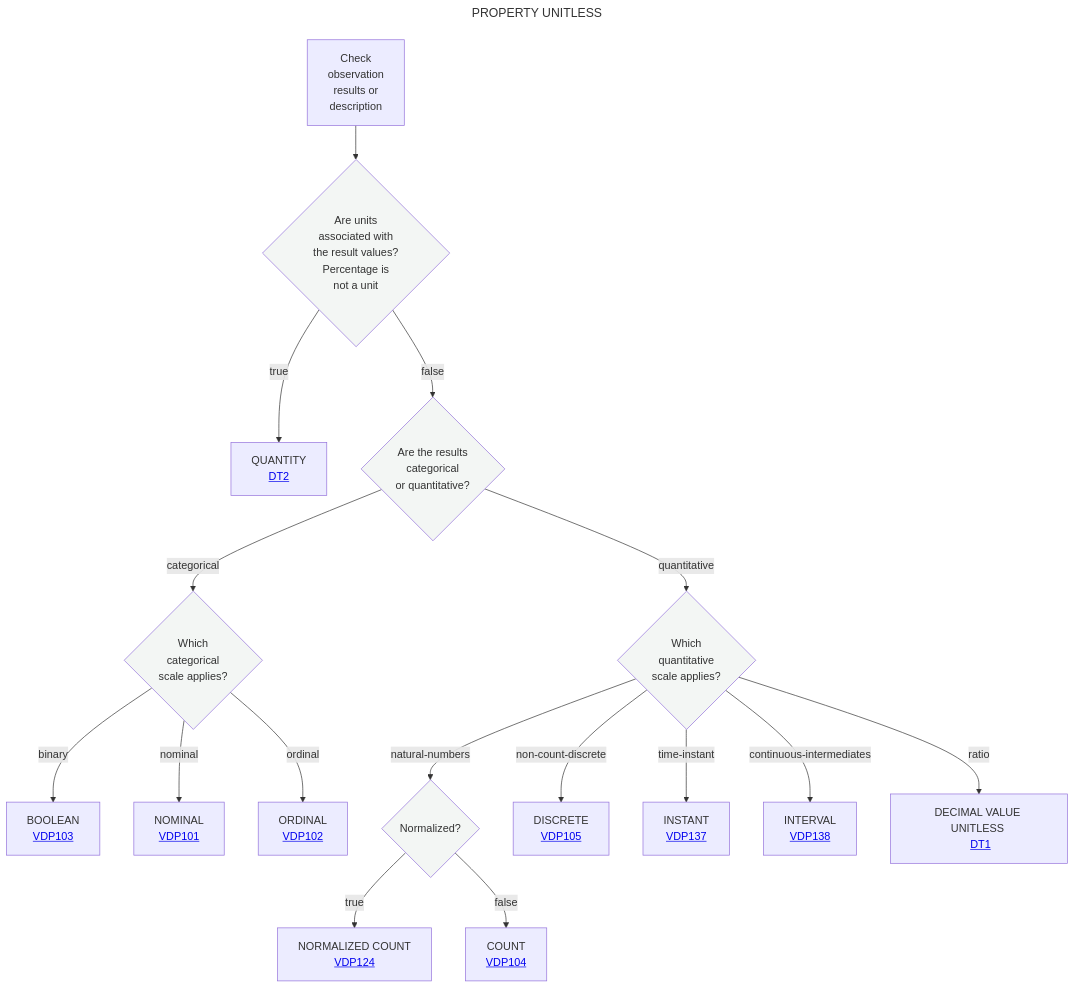
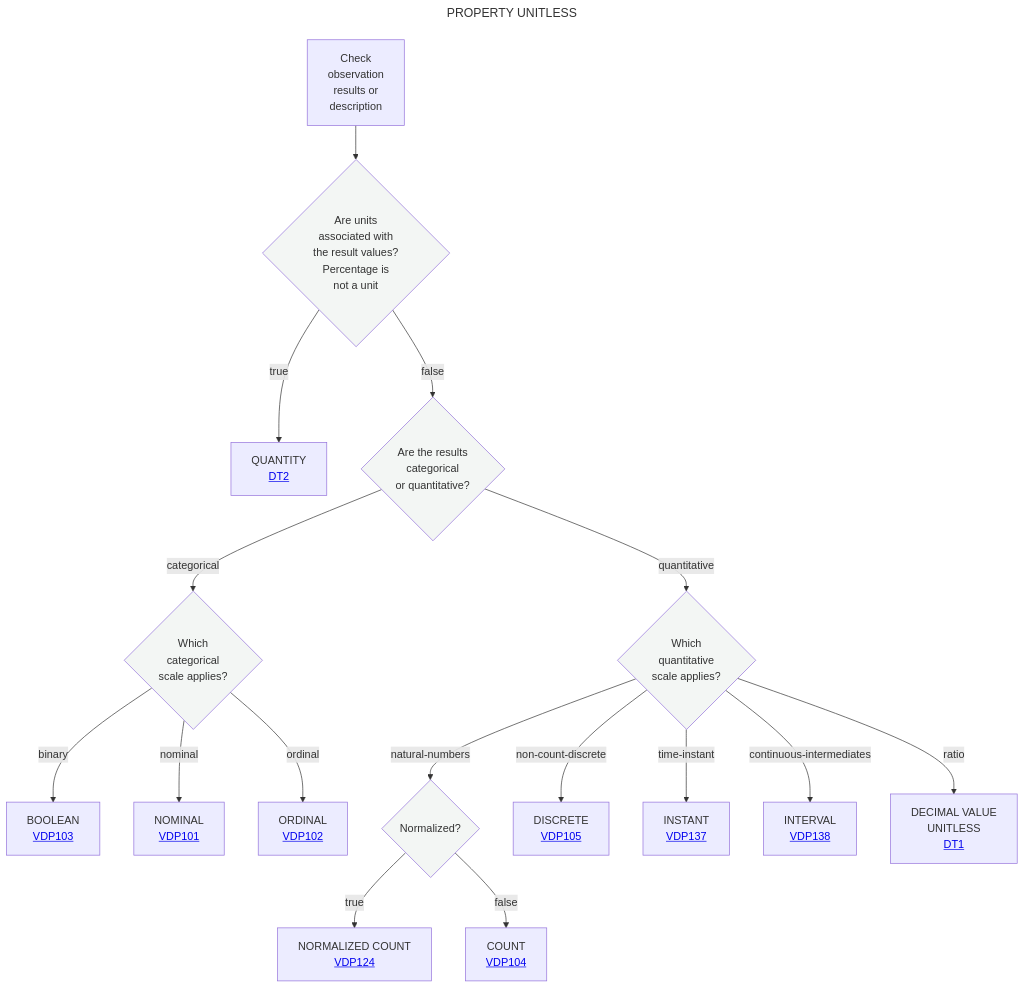
One commit to mabablue/I-ADOPT-patterns-playground changed the diagram in Decision_trees/DT0.mmd. Above: the diagram before and after it, drawn with Mermaid.

Commit message:
Update ratio label in DT0.mmd

```diff
--- a/Decision_trees/DT0.mmd
+++ b/Decision_trees/DT0.mmd
@@ -1,30 +1,30 @@
 ---
 title: PROPERTY UNITLESS
 ---
 flowchart TD
     A[Check <br> observation <br> results or <br> description] --> B{Are units  <br> associated with <br> the result values? <br> Percentage is <br> not a unit}:::white
     
     %% Branch: Units Present -> QUANTITY (Ratio Scale with Units)
     B --> |true|N[QUANTITY <br> <a href='https://github.com/mabablue/I-ADOPT-patterns-playground/blob/main/Decision_trees/DT2.mmd'>DT2</a><br>]
     
     %% Branch: Unitless Path
     B --> |false|C{Are the results <br> categorical <br> or quantitative?}:::white
     
     %% Categorical Branch (Binary, Nominal, Ordinal)
     C -- categorical --> D{Which <br> categorical <br> scale applies?}:::white
     D -- binary --> E[BOOLEAN <br> <a href='https://github.com/mabablue/I-ADOPT-patterns-playground/blob/main/pattern/VDP103.yaml'>VDP103</a><br>]
     D -- nominal -->F[NOMINAL <br> <a href='https://github.com/mabablue/I-ADOPT-patterns-playground/blob/main/pattern/VDP101.yaml'>VDP101</a><br>]
     D -- ordinal -->G[ORDINAL <br> <a href='https://github.com/mabablue/I-ADOPT-patterns-playground/blob/main/pattern/VDP102.yaml'>VDP102</a><br>]
     C -- quantitative -->H{Which <br> quantitative <br> scale applies?}:::white
     H -- natural-numbers -->I{Normalized?}:::white
     I --> |true|Q[NORMALIZED COUNT <br> <a href='https://github.com/mabablue/I-ADOPT-patterns-playground/blob/main/pattern/VDP124.yaml'>VDP124</a><br>]
     I --> |false|P[COUNT <br> <a href='https://github.com/mabablue/I-ADOPT-patterns-playground/blob/main/pattern/VDP104.yaml'>VDP104</a><br>]
     H -- non-count-discrete -->O[DISCRETE <br> <a href='https://github.com/mabablue/I-ADOPT-patterns-playground/blob/main/pattern/VDP104.yaml'>VDP105</a><br>]
     H -- time-instant -->K[INSTANT <br> <a href='https://github.com/mabablue/I-ADOPT-patterns-playground/blob/main/pattern/VDP137.yaml'>VDP137</a><br>]
     H -- continuous-intermediates -->L[INTERVAL <br> <a href='https://github.com/mabablue/I-ADOPT-patterns-playground/blob/main/pattern/VDP138.yaml'>VDP138</a><br>]
-    H -- ratio -->M[DECIMAL VALUE UNITLESS <br> <a href='https://github.com/mabablue/I-ADOPT-patterns-playground/blob/main/Decision_trees/DT1.mmd'>DT1</a><br>]
+    H -- ratio -->M[DECIMAL VALUE <br> UNITLESS <br> <a href='https://github.com/mabablue/I-ADOPT-patterns-playground/blob/main/Decision_trees/DT1.mmd'>DT1</a><br>]
 
     classDef blue fill:#90D5FF
     classDef satblue fill:#57B9FF
     classDef white fill:#f3f6f4
     classDef green fill:#6aa84f
```
